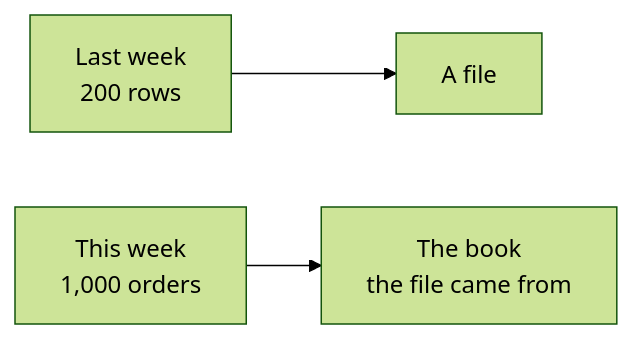
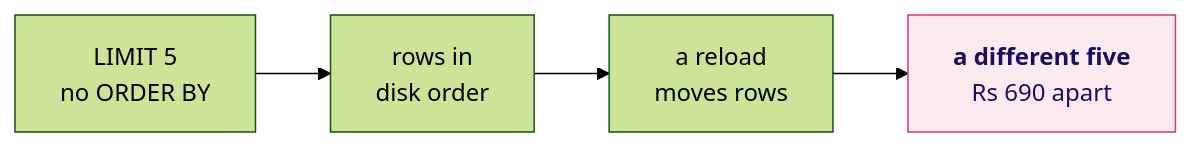
One commit to fde-academy-lab/c2-content-factory changed the ninth of 23 diagrams in content/W02/D1/slides/C2_W02_D01_half1_STUDENT.md. Above: the diagram before and after it, drawn with Mermaid (forest theme). The commit also changed other lines of this file and 3 other files, not shown here.

````diff
--- a/content/W02/D1/slides/C2_W02_D01_half1_STUDENT.md
+++ b/content/W02/D1/slides/C2_W02_D01_half1_STUDENT.md
@@ -44,5 +385,6 @@
 ```mermaid
 flowchart LR
-    A["Last week<br/>200 rows"] --> B["A file"]
-    C["This week<br/>1,000 orders"] --> D["The book<br/>the file came from"]
+    Q["LIMIT 5<br/>no ORDER BY"] --> D["rows in<br/>disk order"] --> R["a reload<br/>moves rows"] --> X["<b>a different five</b><br/>Rs 690 apart"]
+    classDef bad fill:#FBE9EF,stroke:#D63A6A,color:#1A0F5C
+    class X bad
 ```
````
